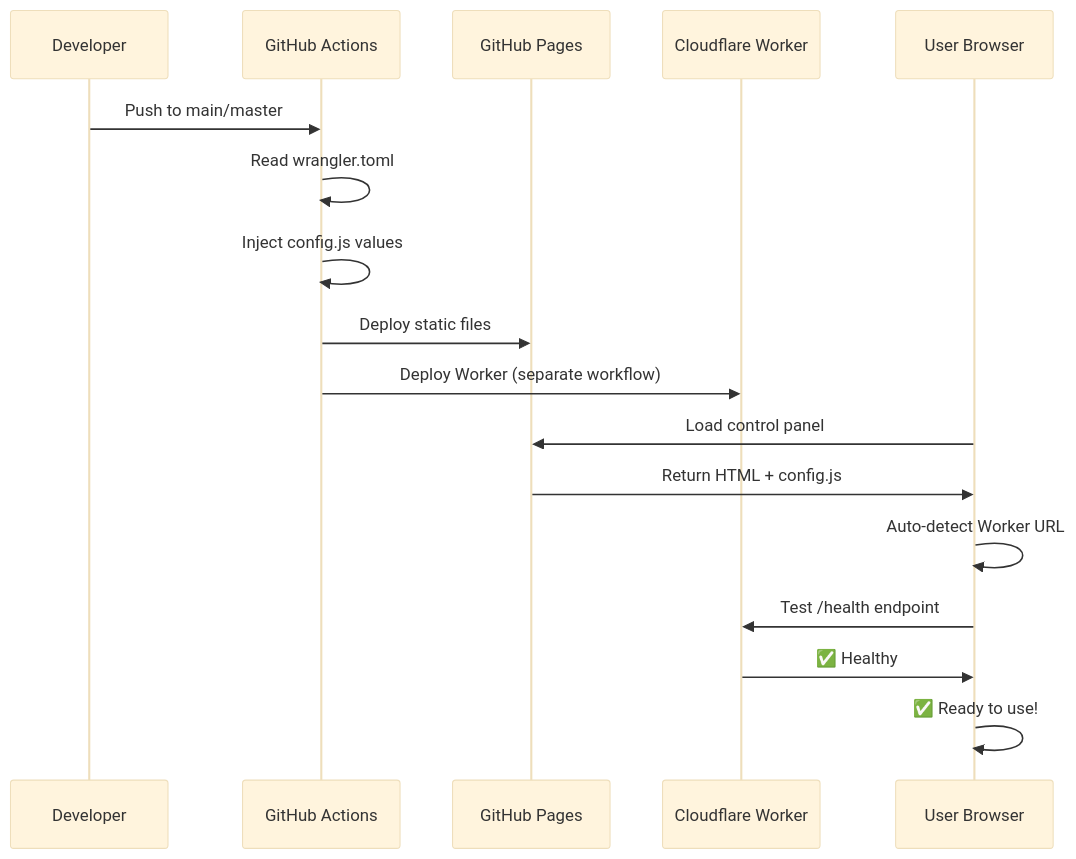
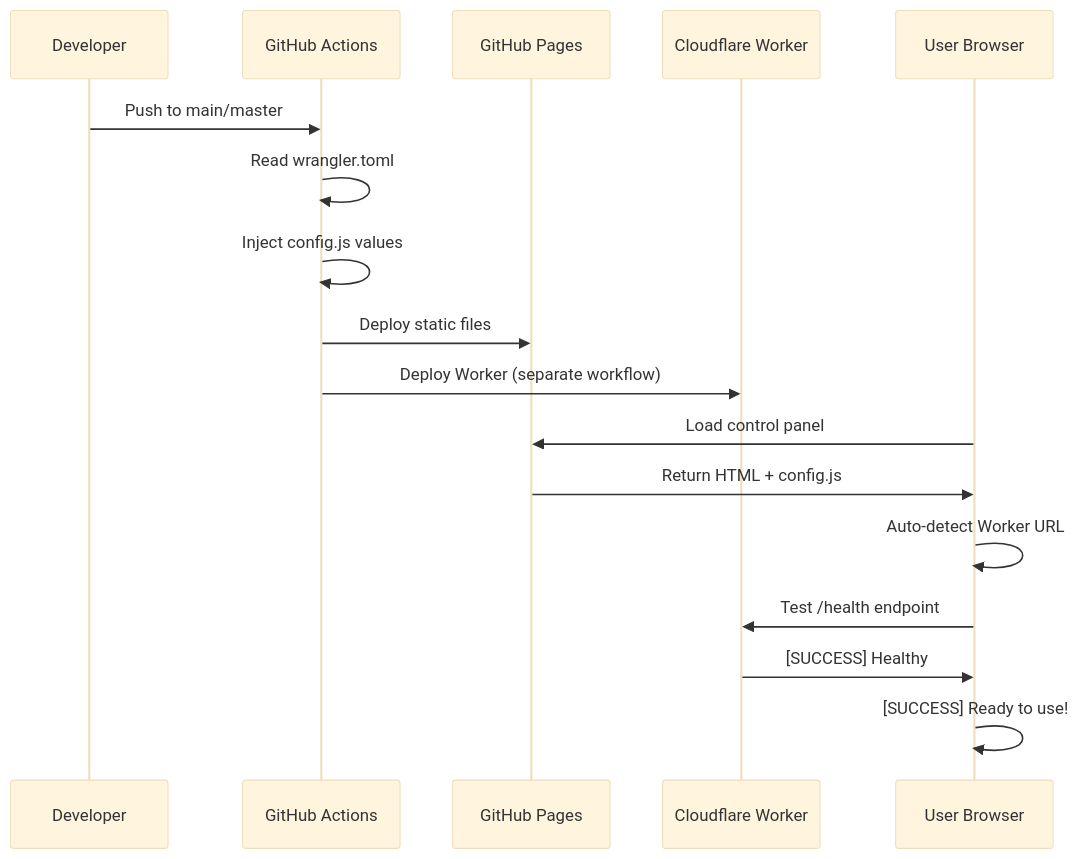
The first of 2 diagrams in docs/guides/auto-configuration.md (Underwood-Inc/strixun-stream-suite), drawn with Mermaid (base theme) before and after one commit. The commit also changed other lines of this file and 488 other files, not shown here.

````diff
--- a/docs/guides/auto-configuration.md
+++ b/docs/guides/auto-configuration.md
@@ -51,21 +51,21 @@
 ```mermaid
 sequenceDiagram
     participant Dev as Developer
     participant GH as GitHub Actions
     participant Pages as GitHub Pages
     participant CF as Cloudflare Worker
     participant User as User Browser
 
     Dev->>GH: Push to main/master
     GH->>GH: Read wrangler.toml
     GH->>GH: Inject config.js values
     GH->>Pages: Deploy static files
     GH->>CF: Deploy Worker (separate workflow)
     
     User->>Pages: Load control panel
     Pages->>User: Return HTML + config.js
     User->>User: Auto-detect Worker URL
     User->>CF: Test /health endpoint
-    CF->>User: ✅ Healthy
-    User->>User: ✅ Ready to use!
+    CF->>User: [SUCCESS] Healthy
+    User->>User: [SUCCESS] Ready to use!
 ```
````
